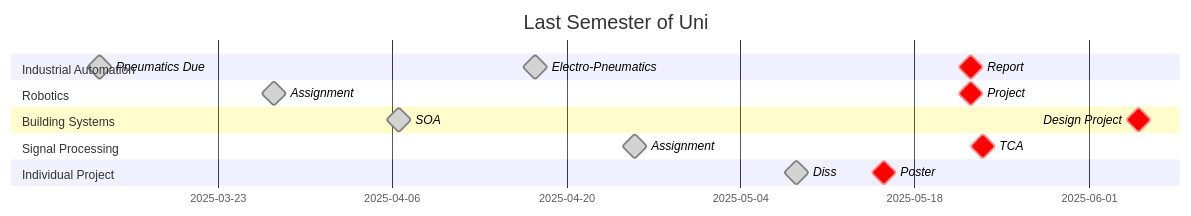
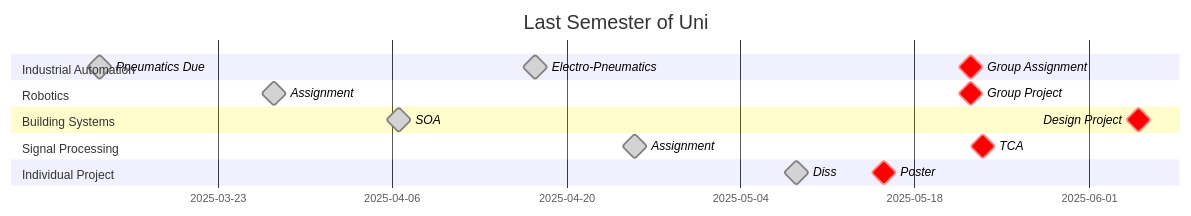
Before and after one commit to jasht1/Uni-Projects: the diagram in Assessment Due Dates.md, drawn with Mermaid. The commit also changed other lines of this file and 4 other files, not shown here.

````diff
--- a/Assessment Due Dates.md
+++ b/Assessment Due Dates.md
@@ -1,26 +2,26 @@
 ```mermaid
 ---
 displayMode: compact
 ---
 gantt
 title Last Semester of Uni
 dateFormat YYYY-MM-DD
 tickInterval 2week
 
 section Industrial Automation
 	Pneumatics Due: done, milestone, 2025-03-13, 1d
 	Electro-Pneumatics: done, milestone, 2025-04-17, 1d
-	Report: crit, milestone, 2025-05-22, 1d
+	Group Assignment: crit, milestone, 2025-05-22, 1d
 section Robotics
 	Assignment: done, milestone, 2025-03-27, 1d
-	Project: crit, milestone, 2025-05-22, 1d
+	Group Project: crit, milestone, 2025-05-22, 1d
 section Building Systems
 	SOA: done, milestone, 2025-04-03, 2025-04-10
 	Design Project: crit, milestone, 2025-06-05, 2025-06-05
 section Signal Processing
 	Assignment: done, milestone, 2025-04-24, 2025-04-27
 	TCA: crit, milestone, 2025-05-23, 1d
 section Individual Project
 	Diss: done, milestone, 2025-05-08, 1d
 	Poster: crit, milestone, 2025-05-15, 1d
 ```
````
